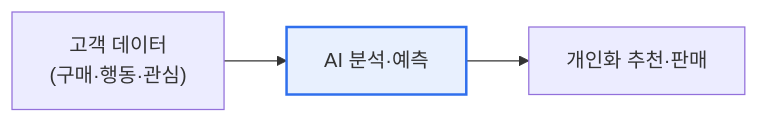
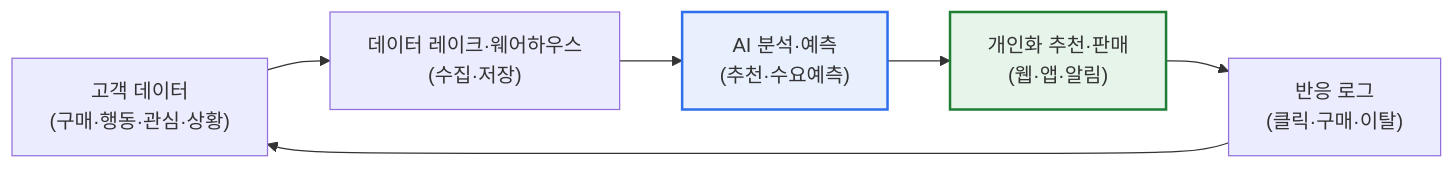
The first of 2 diagrams in content/data-commerce.md (coninggu/wjdqhrhksflrltnftk), drawn with Mermaid before and after one commit. The commit also changed other lines of this file and 3 other files, not shown here.

````diff
--- a/content/data-commerce.md
+++ b/content/data-commerce.md
@@ -20,5 +33,10 @@
 ```mermaid
 flowchart LR
-  D["고객 데이터<br/>(구매·행동·관심)"] --> A["AI 분석·예측"] --> P["개인화 추천·판매"]
+  D["고객 데이터<br/>(구매·행동·관심·상황)"] --> S["데이터 레이크·웨어하우스<br/>(수집·저장)"]
+  S --> A["AI 분석·예측<br/>(추천·수요예측)"]
+  A --> P["개인화 추천·판매<br/>(웹·앱·알림)"]
+  P --> F["반응 로그<br/>(클릭·구매·이탈)"]
+  F --> D
   style A fill:#e8f0fe,stroke:#2f6fed,stroke-width:2px
+  style P fill:#e6f4ea,stroke:#1e7e34,stroke-width:2px
 ```
````
